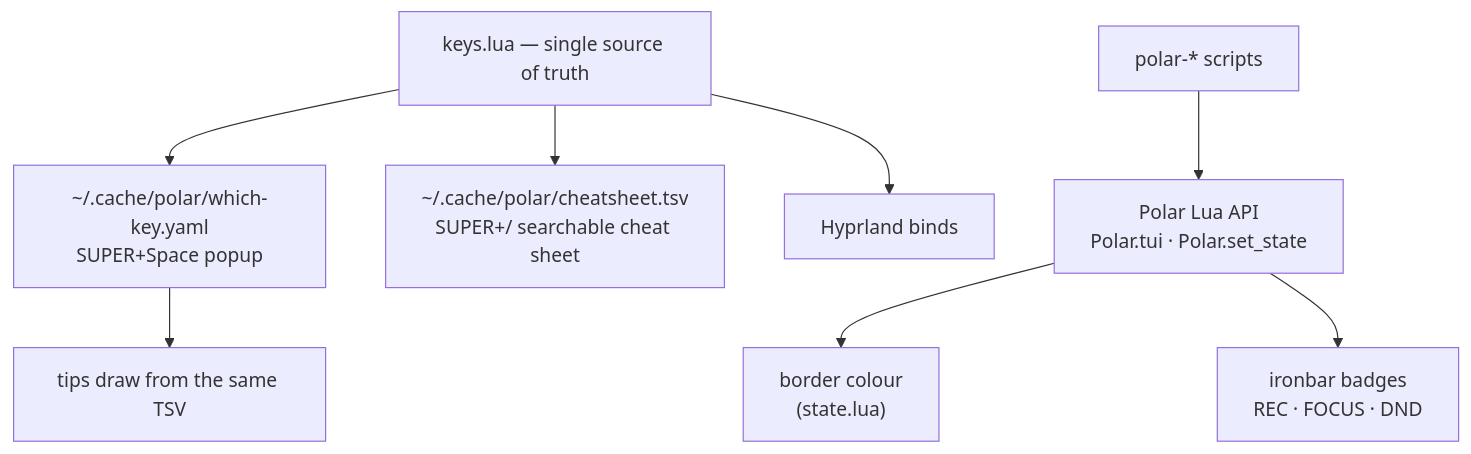
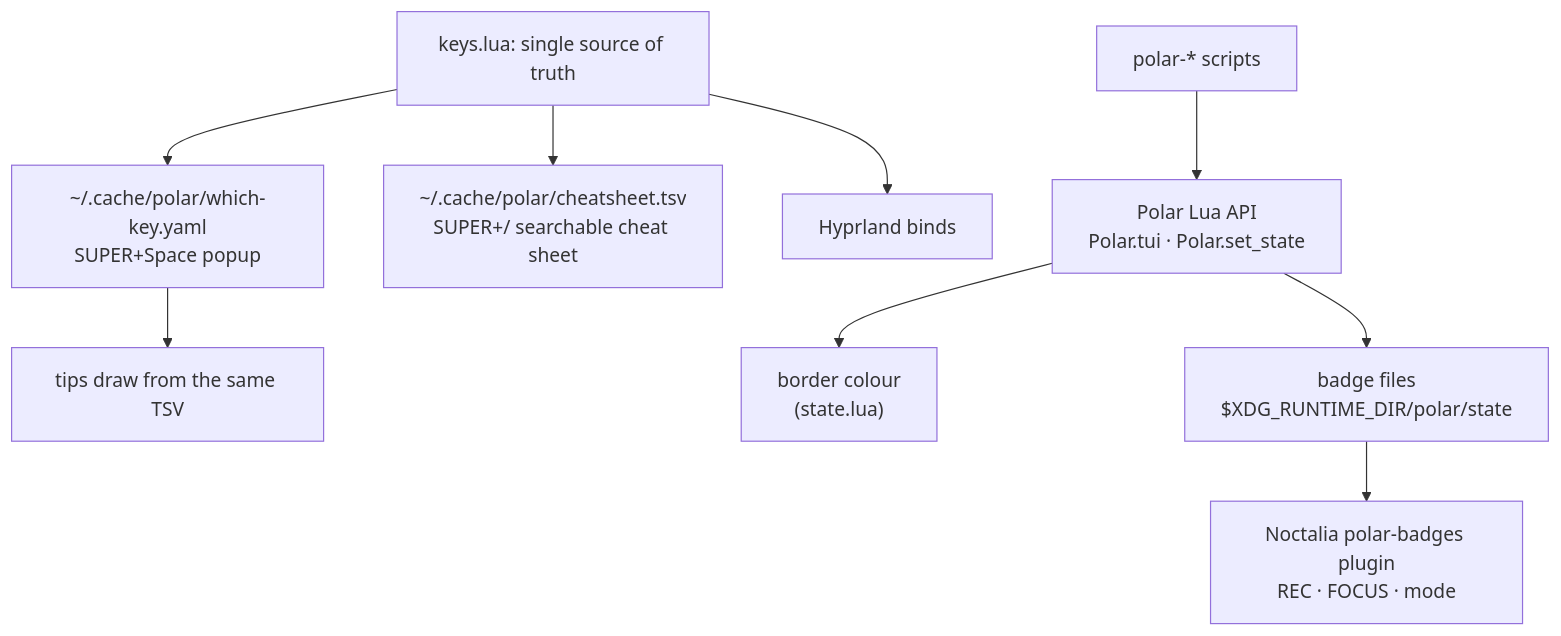
One commit to TomGrozev/dots changed the diagram in docs/polar.md. Above: the diagram before and after it, drawn with Mermaid. The commit also changed other lines of this file and 42 other files, not shown here.

First line of the commit message:
feat(polar): move the shell to Noctalia, add plugins and a boot splash

````diff
--- a/docs/polar.md
+++ b/docs/polar.md
@@ -12,10 +18,11 @@
 ```mermaid
 flowchart TD
-    KL["keys.lua — single source of truth"] --> WK["~/.cache/polar/which-key.yaml\nSUPER+Space popup"]
+    KL["keys.lua: single source of truth"] --> WK["~/.cache/polar/which-key.yaml\nSUPER+Space popup"]
     KL --> CS["~/.cache/polar/cheatsheet.tsv\nSUPER+/ searchable cheat sheet"]
     KL --> HB["Hyprland binds"]
     WK --> CS_NOTE["tips draw from the same TSV"]
     SCR["polar-* scripts"] --> API["Polar Lua API\nPolar.tui · Polar.set_state"]
     API --> BORD["border colour\n(state.lua)"]
-    API --> BAR["ironbar badges\nREC · FOCUS · DND"]
+    API --> BADGE["badge files\n$XDG_RUNTIME_DIR/polar/state"]
+    BADGE --> BAR["Noctalia polar-badges plugin\nREC · FOCUS · mode"]
 ```
````
